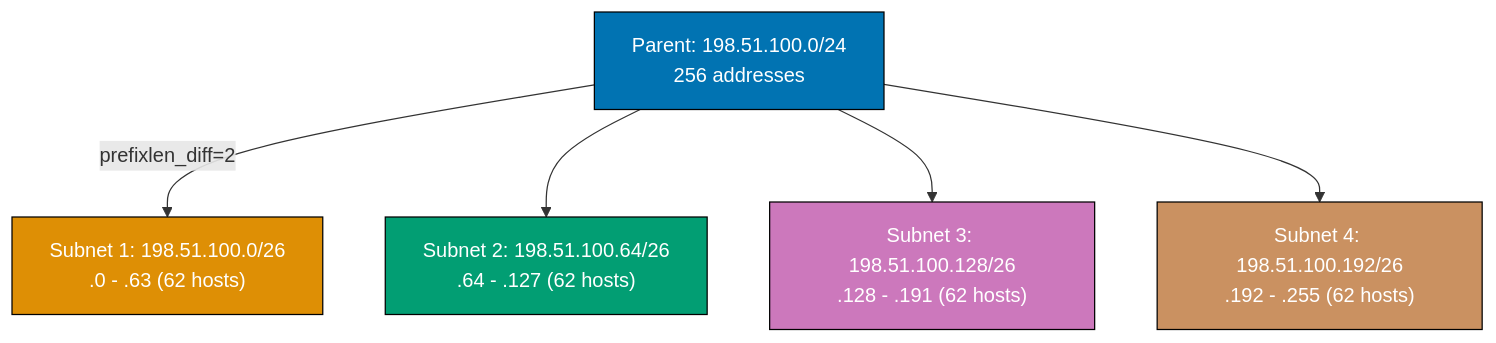
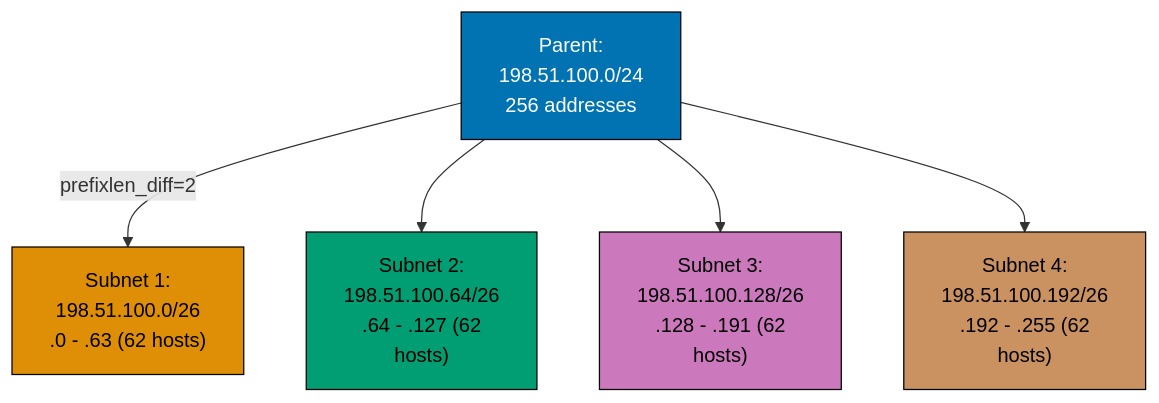
The third of 8 diagrams in apps/ayokoding-www/content/en/learn/legacy/software-engineering/networking/by-example/beginner.md (wahidyankf/ose-public), drawn with Mermaid before and after one commit. The commit also changed other lines of this file and 78 other files, not shown here.

First line of the commit message:
fix(mermaid): bring the remaining legacy software-engineering diagrams onto the accessible palette

````diff
--- a/apps/ayokoding-www/content/en/learn/legacy/software-engineering/networking/by-example/beginner.md
+++ b/apps/ayokoding-www/content/en/learn/legacy/software-engineering/networking/by-example/beginner.md
@@ -264,20 +279,28 @@
 ```mermaid
 %% Color Palette: Blue #0173B2, Orange #DE8F05, Teal #029E73, Purple #CC78BC, Brown #CA9161
 graph TD
-    P["Parent: 198.51.100.0/24<br/>256 addresses"]
-    S1["Subnet 1: 198.51.100.0/26<br/>.0 - .63 (62 hosts)"]
-    S2["Subnet 2: 198.51.100.64/26<br/>.64 - .127 (62 hosts)"]
-    S3["Subnet 3: 198.51.100.128/26<br/>.128 - .191 (62 hosts)"]
-    S4["Subnet 4: 198.51.100.192/26<br/>.192 - .255 (62 hosts)"]
+    accTitle: Example 5: Subnet Masks and Subnetting
+    accDescr: Graph with 5 nodes and 4 connections. Nodes: Parent: 198.51.100.0/24 256 addresses, Subnet 1: 198.51.100.0/26 .0 - .63 (62 hosts), Subnet 2: 198.51.100.64/26 .64 - .127 (62 hosts), Subnet 3: 198.51.100.128/26 .128 - .191 (62 hosts), Subnet 4: 198.51.100.192/26 .192 - .255 (62 hosts). Connections: Parent: 198.51.100.0/24 256 addresses to Subnet 1: 198.51.100.0/26 .0 - .63 (62 hosts) (prefixlen_diff=2), Parent: 198.51.100.0/24 256 addresses to Subnet 2: 198.51.100.64/26 .64 - .127 (62 hosts), Parent: 198.51.100.0/24 256 addresses to Subnet 3: 198.51.100.128/26 .128 - .191 (62 hosts), Parent: 198.51.100.0/24 256 addresses to Subnet 4: 198.51.100.192/26 .192 - .255 (62 hosts).
+    P["Parent:<br/>198.51.100.0/24<br/>256 addresses"]
+    S1["Subnet 1:<br/>198.51.100.0/26<br/>.0 - .63 (62 hosts)"]
+    S2["Subnet 2:<br/>198.51.100.64/26<br/>.64 - .127 (62<br/>hosts)"]
+    S3["Subnet 3:<br/>198.51.100.128/26<br/>.128 - .191 (62<br/>hosts)"]
+    S4["Subnet 4:<br/>198.51.100.192/26<br/>.192 - .255 (62<br/>hosts)"]
 
     P -->|"prefixlen_diff=2"| S1
     P --> S2
     P --> S3
     P --> S4
 
-    style P fill:#0173B2,stroke:#000,color:#fff
-    style S1 fill:#DE8F05,stroke:#000,color:#fff
-    style S2 fill:#029E73,stroke:#000,color:#fff
-    style S3 fill:#CC78BC,stroke:#000,color:#fff
-    style S4 fill:#CA9161,stroke:#000,color:#fff
+    classDef pal-0173B2 fill:#0173B2,stroke:#000000,color:#FFFFFF
+    class P pal-0173B2
+    classDef pal-DE8F05 fill:#DE8F05,stroke:#000000,color:#000000
+    class S1 pal-DE8F05
+    classDef pal-029E73 fill:#029E73,stroke:#000000,color:#000000
+    class S2 pal-029E73
+    classDef pal-CC78BC fill:#CC78BC,stroke:#000000,color:#000000
+    class S3 pal-CC78BC
+    classDef pal-CA9161 fill:#CA9161,stroke:#000000,color:#000000
+    class S4 pal-CA9161
+    classDef default fill:#FFFFFF,stroke:#000000,color:#000000
 ```
````
